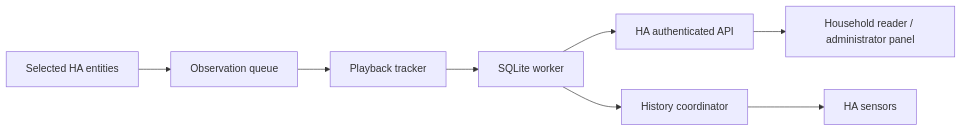
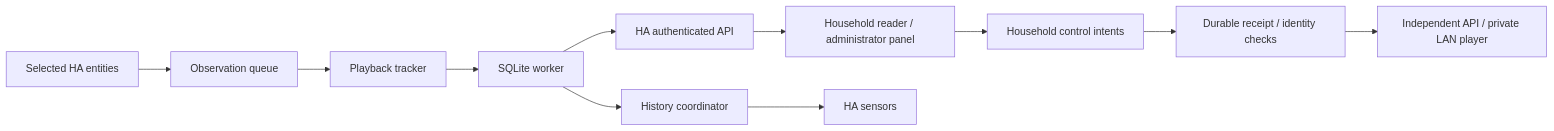
Before and after one commit to raven42/ha-kaleidescape-companion: the diagram in docs/design.md, drawn with Mermaid. The commit also changed other lines of this file and 65 other files, not shown here.

````diff
--- a/docs/design.md
+++ b/docs/design.md
@@ -21,10 +22,13 @@
 ```mermaid
 flowchart LR
     ENT[Selected HA entities] --> OBS[Observation queue]
     OBS --> TRACK[Playback tracker]
     TRACK --> DB[SQLite worker]
     DB --> API[HA authenticated API]
     API --> PANEL[Household reader / administrator panel]
+    PANEL --> CTRL[Household control intents]
+    CTRL --> RECEIPT[Durable receipt / identity checks]
+    RECEIPT --> TCP[Independent API / private LAN player]
     DB --> COORD[History coordinator]
     COORD --> SENS[HA sensors]
 ```
````
